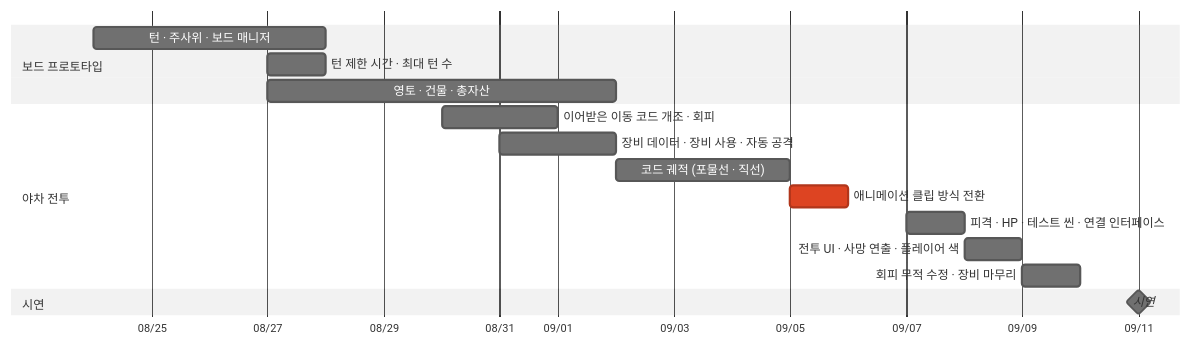
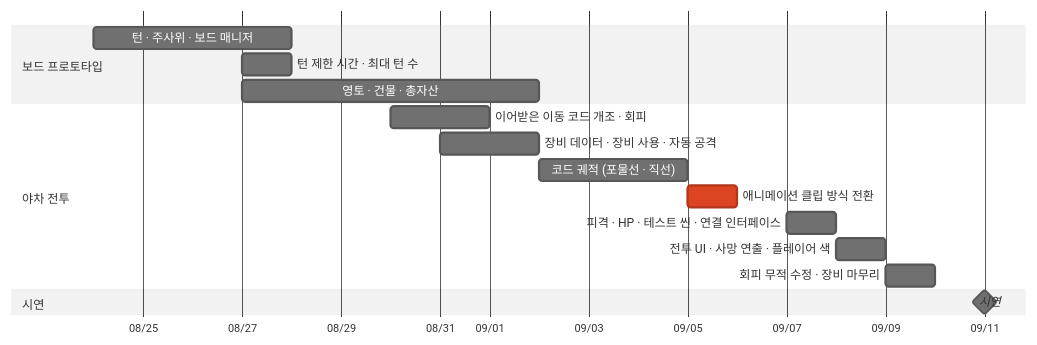
Before and after one commit to Gryphon34/portfolio-template: diagram 12 of 12 in src/1-yggdrasil/기술문서.md, drawn with Mermaid. The commit also changed other lines of this file and 6 other files, not shown here.

````diff
--- a/src/1-yggdrasil/기술문서.md
+++ b/src/1-yggdrasil/기술문서.md
@@ -703,20 +914,20 @@
 ```mermaid
-%%{init: {'theme':'neutral'}}%%
+%%{init: {'theme':'neutral', 'gantt': {'useWidth': 960}}}%%
 gantt
     dateFormat  MM-DD
     axisFormat  %m/%d
     section 보드 프로토타입
     턴 · 주사위 · 보드 매니저          :a1, 08-24, 4d
     턴 제한 시간 · 최대 턴 수          :a2, 08-27, 1d
     영토 · 건물 · 총자산               :a3, 08-27, 6d
     section 야차 전투
     이어받은 이동 코드 개조 · 회피      :b1, 08-30, 2d
     장비 데이터 · 장비 사용 · 자동 공격 :b2, 08-31, 2d
     코드 궤적 (포물선 · 직선)           :b3, 09-02, 3d
     애니메이션 클립 방식 전환           :crit, b4, 09-05, 1d
     피격 · HP · 테스트 씬 · 연결 인터페이스 :b5, 09-07, 1d
     전투 UI · 사망 연출 · 플레이어 색   :b6, 09-08, 1d
     회피 무적 수정 · 장비 마무리        :b7, 09-09, 1d
     section 시연
     시연                               :milestone, 09-11, 0d
 ```
````
